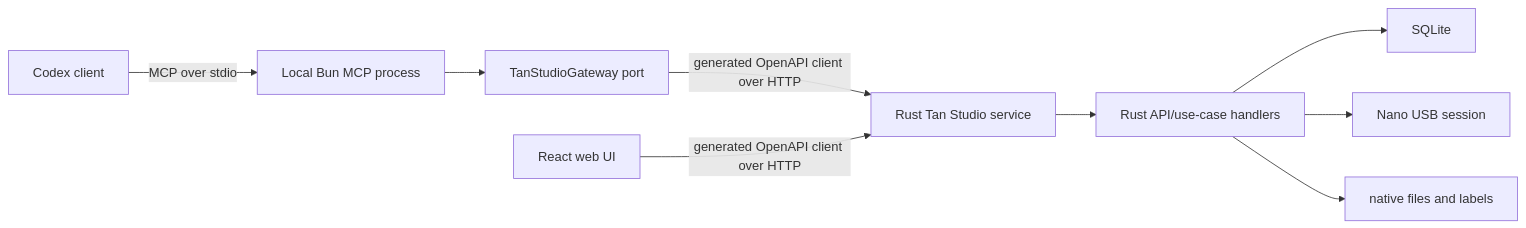
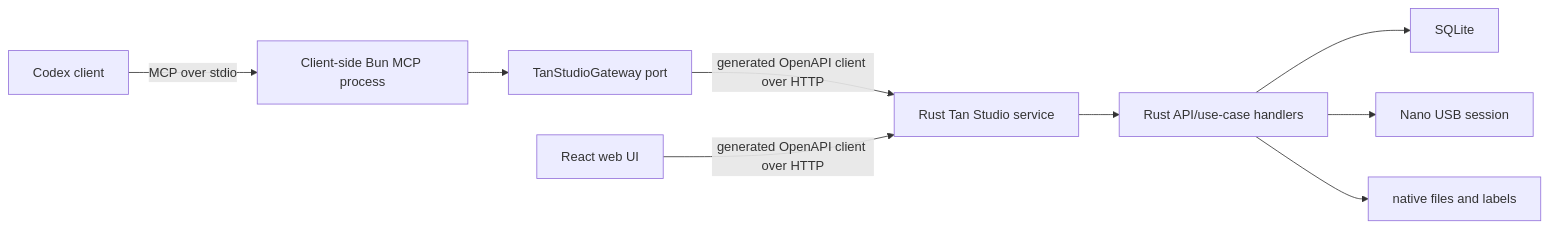
One commit to xavierroma/tan-studio changed the diagram in docs/07-codex-mcp-test-plan.md. Above: the diagram before and after it, drawn with Mermaid. The commit also changed other lines of this file and 58 other files, not shown here.

````diff
--- a/docs/07-codex-mcp-test-plan.md
+++ b/docs/07-codex-mcp-test-plan.md
@@ -13,11 +13,11 @@
 ```mermaid
 flowchart LR
-  C["Codex client"] -->|"MCP over stdio"| M["Local Bun MCP process"]
+  C["Codex client"] -->|"MCP over stdio"| M["Client-side Bun MCP process"]
   M --> P["TanStudioGateway port"]
   P -->|"generated OpenAPI client over HTTP"| R["Rust Tan Studio service"]
   W["React web UI"] -->|"generated OpenAPI client over HTTP"| R
   R --> H["Rust API/use-case handlers"]
   H --> D["SQLite"]
   H --> U["Nano USB session"]
   H --> F["native files and labels"]
 ```
````
